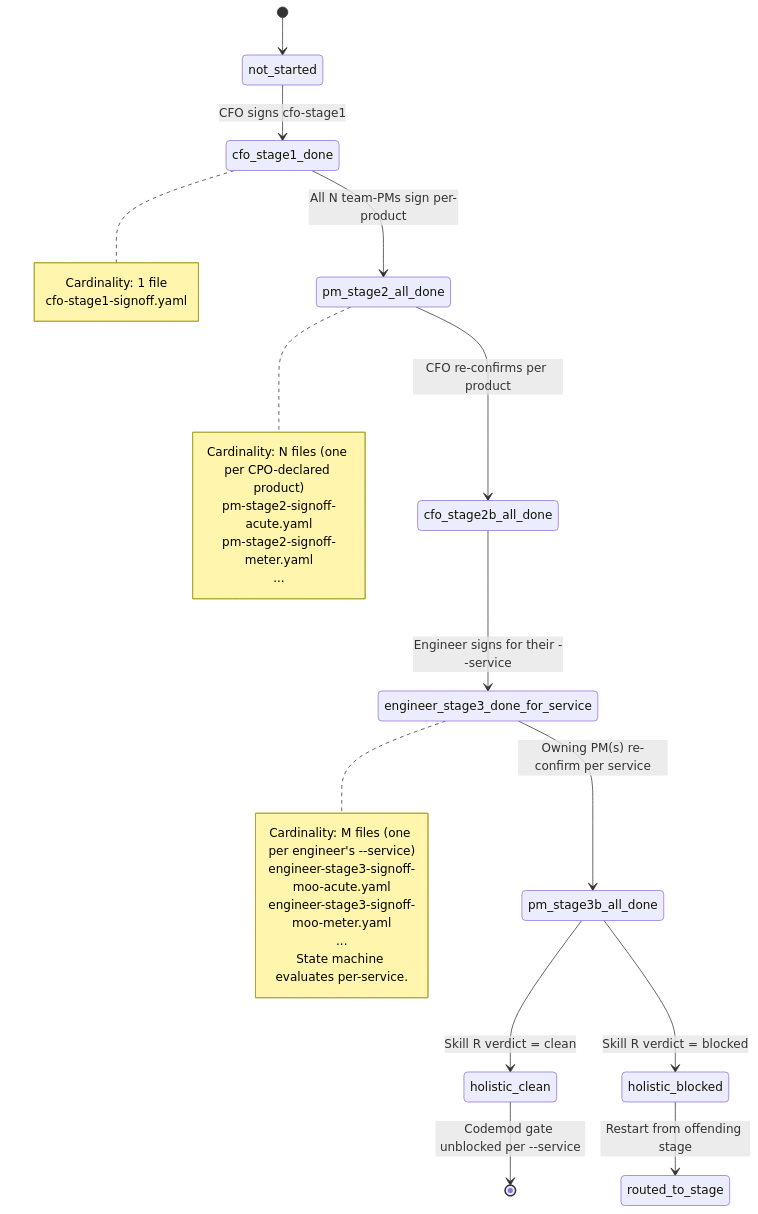
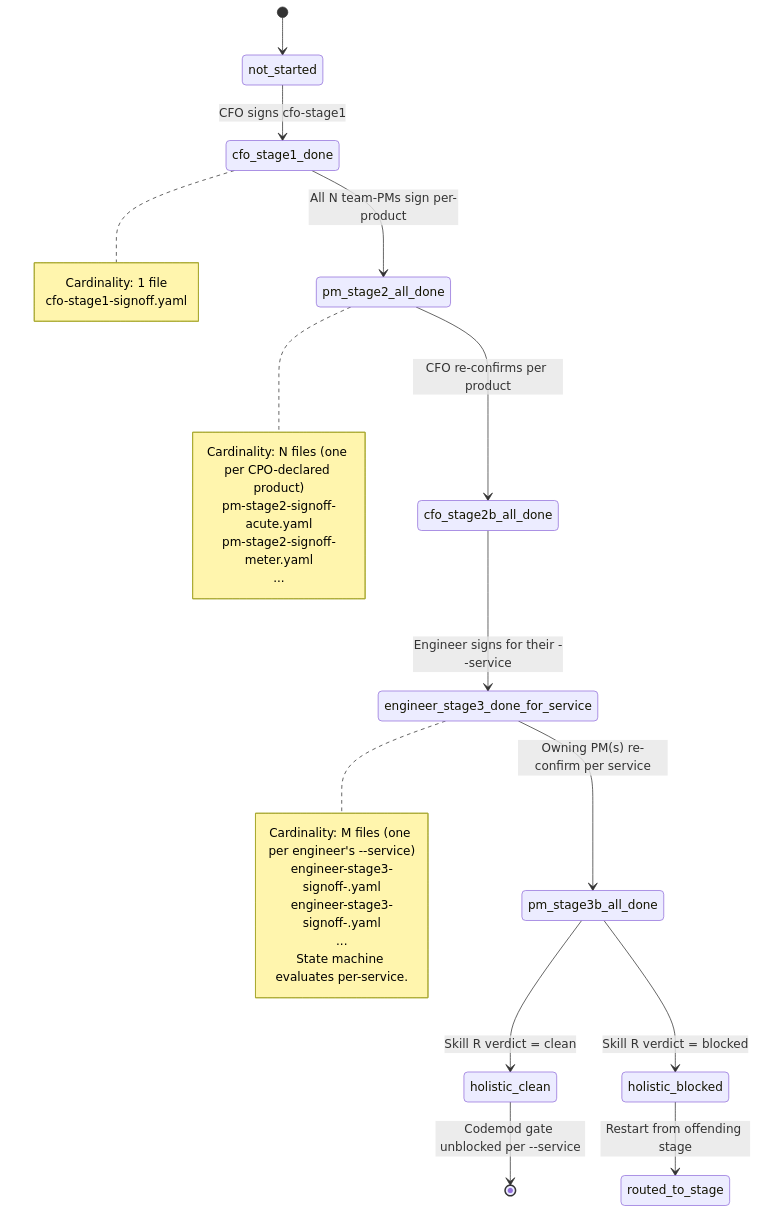
The diagram in skills/cost-billing-signoff/references/state-machine.md (moolabs-hq/moo-skills), drawn with Mermaid before and after one commit. The commit also changed other lines of this file and 19 other files, not shown here.

````diff
--- a/skills/cost-billing-signoff/references/state-machine.md
+++ b/skills/cost-billing-signoff/references/state-machine.md
@@ -7,33 +7,33 @@
 ```mermaid
 stateDiagram-v2
     [*] --> not_started
     not_started --> cfo_stage1_done : CFO signs cfo-stage1
     cfo_stage1_done --> pm_stage2_all_done : All N team-PMs sign per-product
     pm_stage2_all_done --> cfo_stage2b_all_done : CFO re-confirms per product
     cfo_stage2b_all_done --> engineer_stage3_done_for_service : Engineer signs for their --service
     engineer_stage3_done_for_service --> pm_stage3b_all_done : Owning PM(s) re-confirm per service
     pm_stage3b_all_done --> holistic_clean : Skill R verdict = clean
     pm_stage3b_all_done --> holistic_blocked : Skill R verdict = blocked
     holistic_clean --> [*] : Codemod gate unblocked per --service
     holistic_blocked --> routed_to_stage : Restart from offending stage
 
     note right of cfo_stage1_done
         Cardinality: 1 file
         cfo-stage1-signoff.yaml
     end note
 
     note right of pm_stage2_all_done
         Cardinality: N files (one per CPO-declared product)
         pm-stage2-signoff-acute.yaml
         pm-stage2-signoff-meter.yaml
         ...
     end note
 
     note right of engineer_stage3_done_for_service
         Cardinality: M files (one per engineer's --service)
-        engineer-stage3-signoff-moo-acute.yaml
-        engineer-stage3-signoff-moo-meter.yaml
+        engineer-stage3-signoff-<your-service>.yaml
+        engineer-stage3-signoff-<other-service>.yaml
         ...
         State machine evaluates per-service.
     end note
 ```
````
